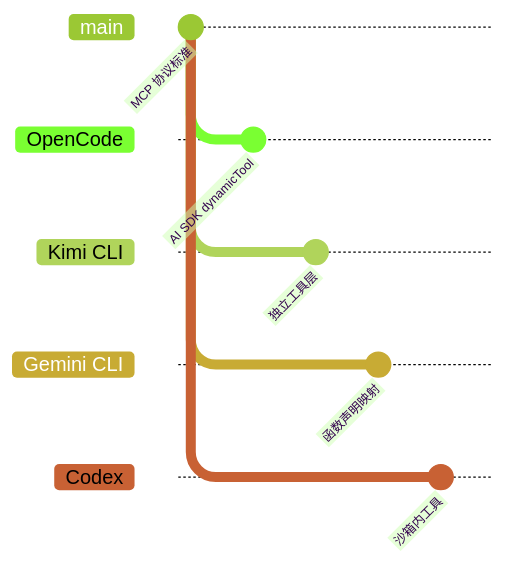
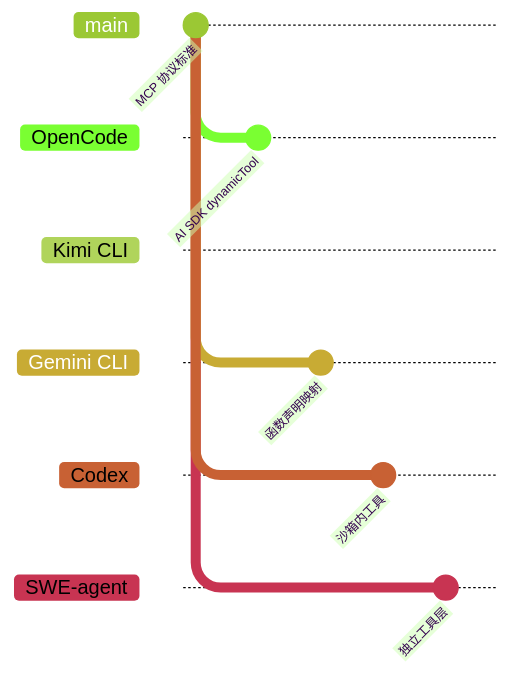
One commit to giraffe-tree/agent-base changed diagram 12 of 12 in docs/opencode/06-opencode-mcp-integration.md. Above: the diagram before and after it, drawn with Mermaid (forest theme). The commit also changed other lines of this file and 155 other files, not shown here.

````diff
--- a/docs/opencode/06-opencode-mcp-integration.md
+++ b/docs/opencode/06-opencode-mcp-integration.md
@@ -776,19 +826,23 @@
 ```mermaid
 gitGraph
     commit id: "MCP 协议标准"
     branch "OpenCode"
     checkout "OpenCode"
     commit id: "AI SDK dynamicTool"
     checkout main
     branch "Kimi CLI"
     checkout "Kimi CLI"
     commit id: "独立工具层"
     checkout main
     branch "Gemini CLI"
     checkout "Gemini CLI"
     commit id: "函数声明映射"
     checkout main
     branch "Codex"
     checkout "Codex"
     commit id: "沙箱内工具"
+    checkout main
+    branch "SWE-agent"
+    checkout "SWE-agent"
+    commit id: "独立工具层"
 ```
````
